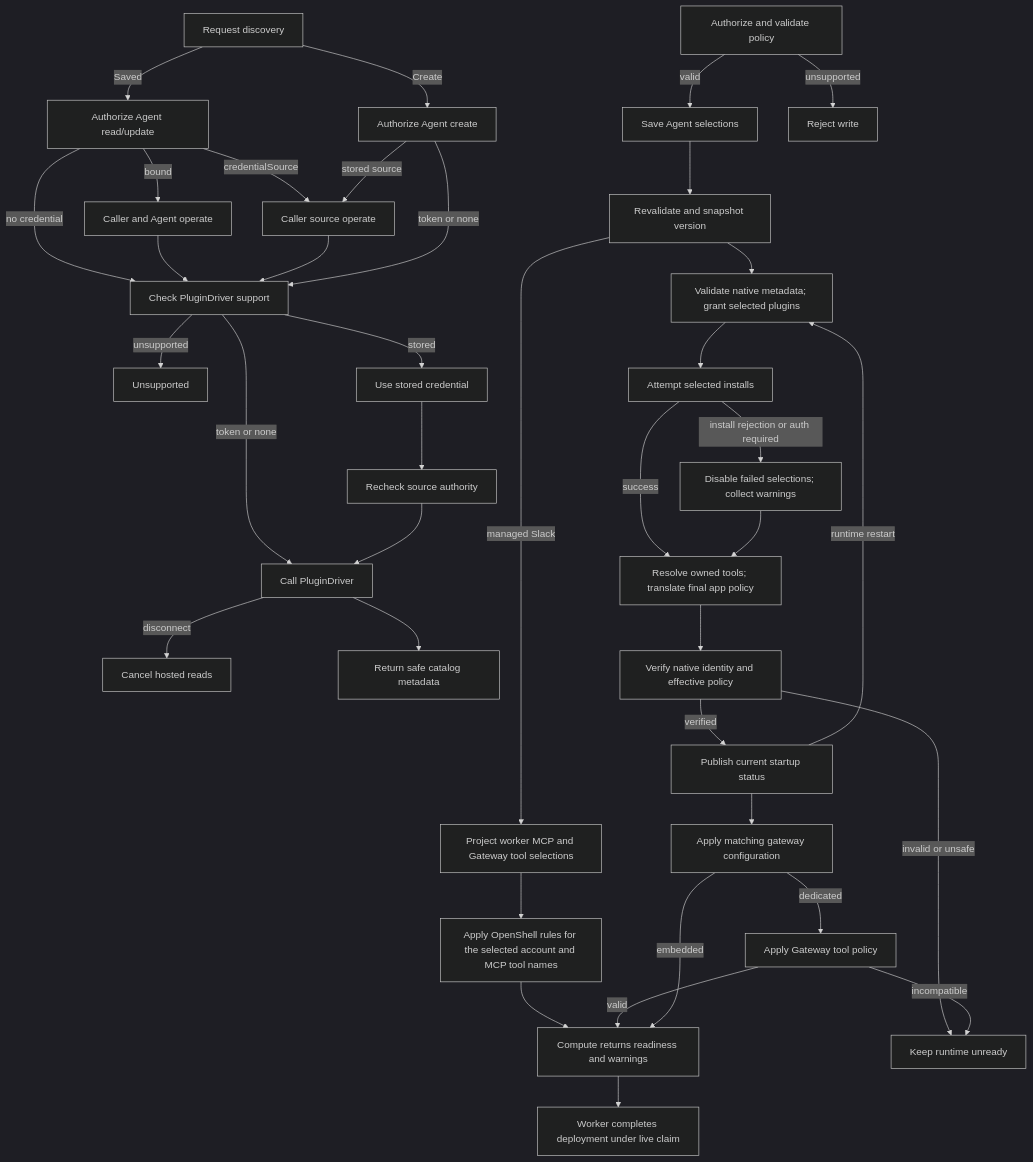
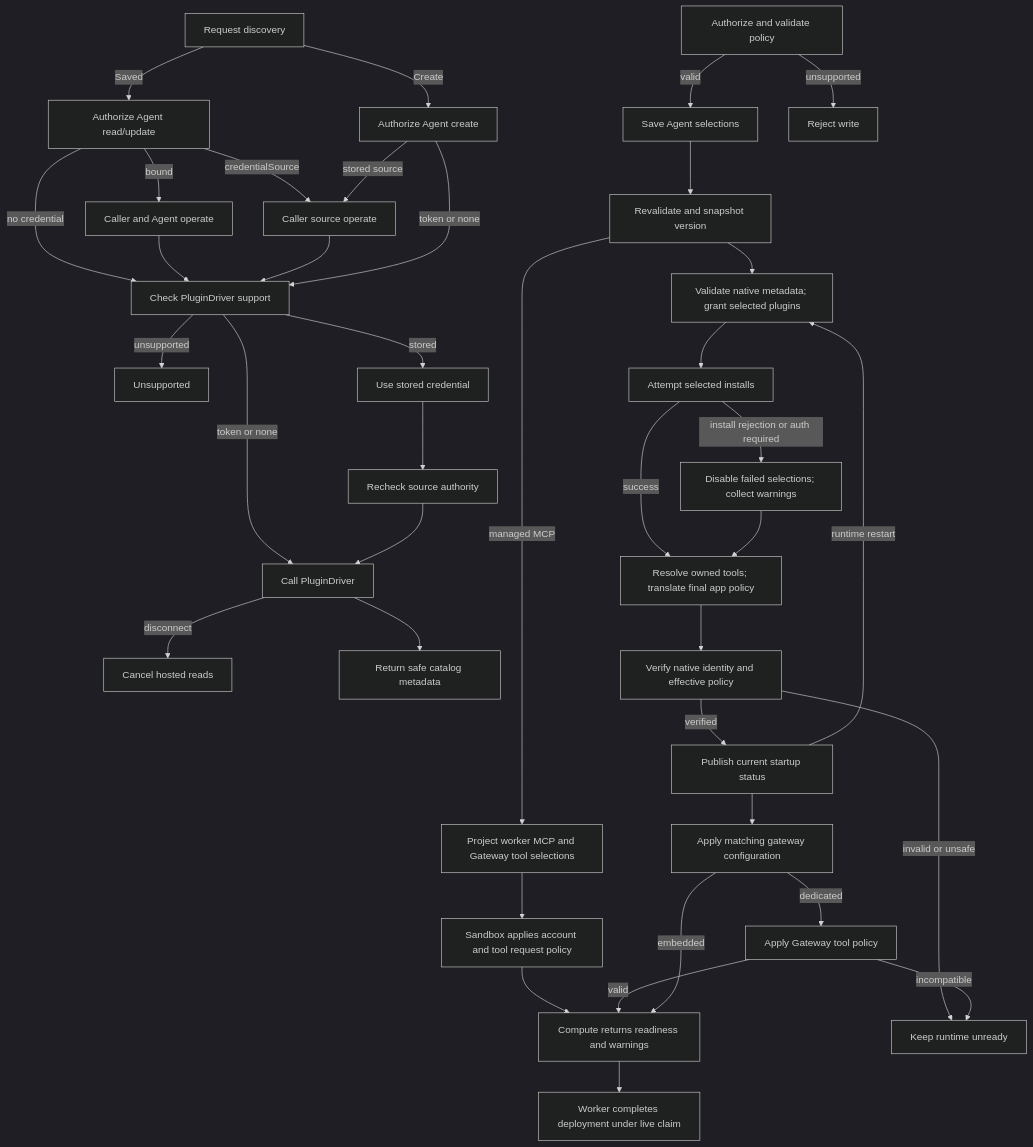
One commit to openclaw/openclaw-enterprise changed the diagram in docs/flows/agent-plugins.md. Above: the diagram before and after it, drawn with Mermaid (dark theme). The commit also changed other lines of this file and 20 other files, not shown here.

````diff
--- a/docs/flows/agent-plugins.md
+++ b/docs/flows/agent-plugins.md
@@ -30,36 +30,36 @@
 ```mermaid
 graph TD
   D0["Request discovery"] -->|Create| D1["Authorize Agent create"]
   D0 -->|Saved| E0["Authorize Agent read/update"]
   E0 -->|no credential| D6
   E0 -->|bound| E1["Caller and Agent operate"] --> D6
   E0 -->|credentialSource| D2
   D1 -->|stored source| D2["Caller source operate"] --> D6["Check PluginDriver support"]
   D1 -->|token or none| D6
   D6 -->|unsupported| D7["Unsupported"]
   D6 -->|token or none| D4["Call PluginDriver"]
   D6 -->|stored| D3["Use stored credential"] --> E3["Recheck source authority"] --> D4
   D4 -->|disconnect| D8["Cancel hosted reads"]
   D4 --> D5["Return safe catalog metadata"]
   A["Authorize and validate policy"] -->|valid| S["Save Agent selections"]
   A -->|unsupported| Y["Reject write"]
   S --> B["Revalidate and snapshot version"]
-  B -->|managed Slack| K["Project worker MCP and Gateway tool selections"]
-  K --> L["Apply OpenShell rules for the selected account and MCP tool names"]
+  B -->|managed MCP| K["Project worker MCP and Gateway tool selections"]
+  K --> L["Sandbox applies account and tool request policy"]
   L --> I
   B --> C["Validate native metadata; grant selected plugins"]
   C --> D["Attempt selected installs"]
   D -->|install rejection or auth required| E["Disable failed selections; collect warnings"]
   D -->|success| T["Resolve owned tools; translate final app policy"]
   E --> T
   T --> F["Verify native identity and effective policy"]
   F -->|invalid or unsafe| X["Keep runtime unready"]
   F -->|verified| G["Publish current startup status"]
   G --> H["Apply matching gateway configuration"]
   H -->|dedicated| P["Apply Gateway tool policy"]
   P -->|incompatible| X
   P -->|valid| I
   H -->|embedded| I["Compute returns readiness and warnings"]
   I --> J["Worker completes deployment under live claim"]
   G -->|runtime restart| C
 ```
````
